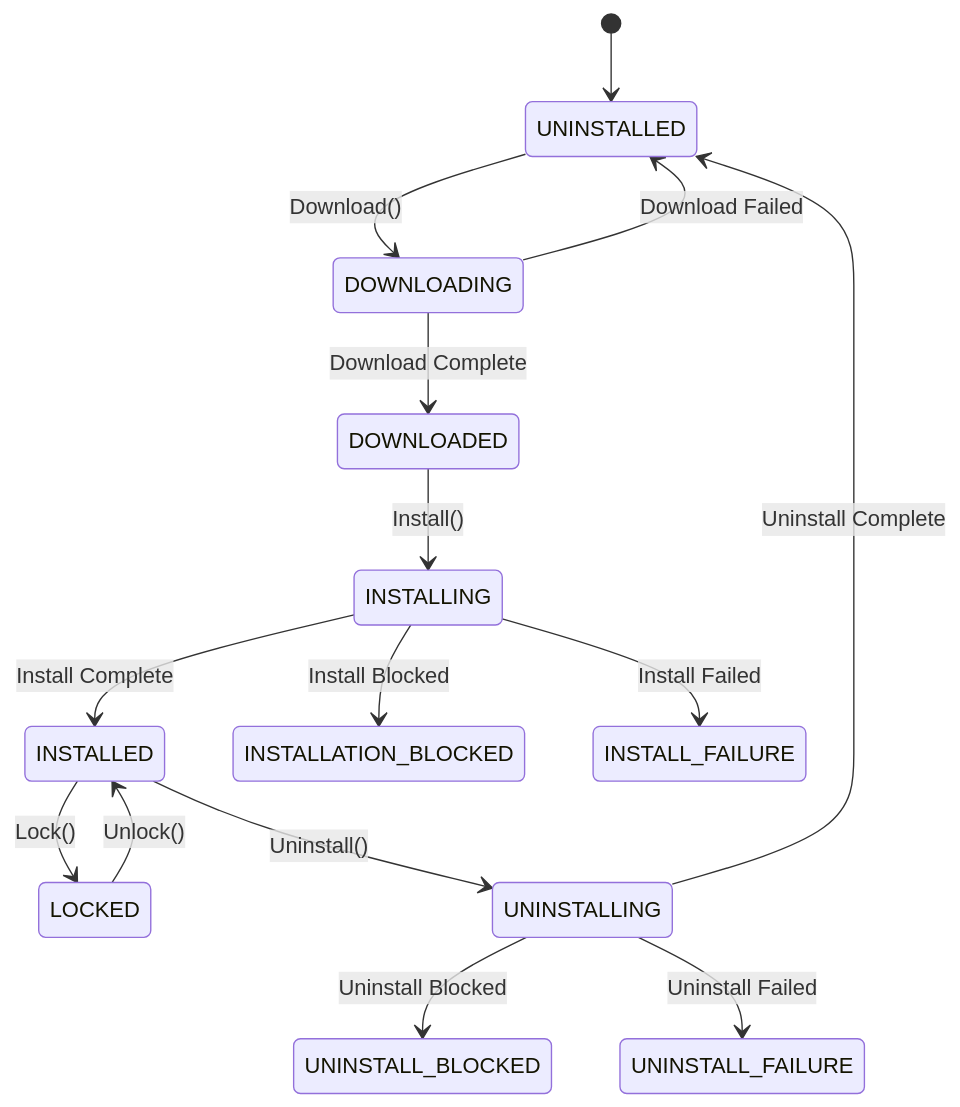
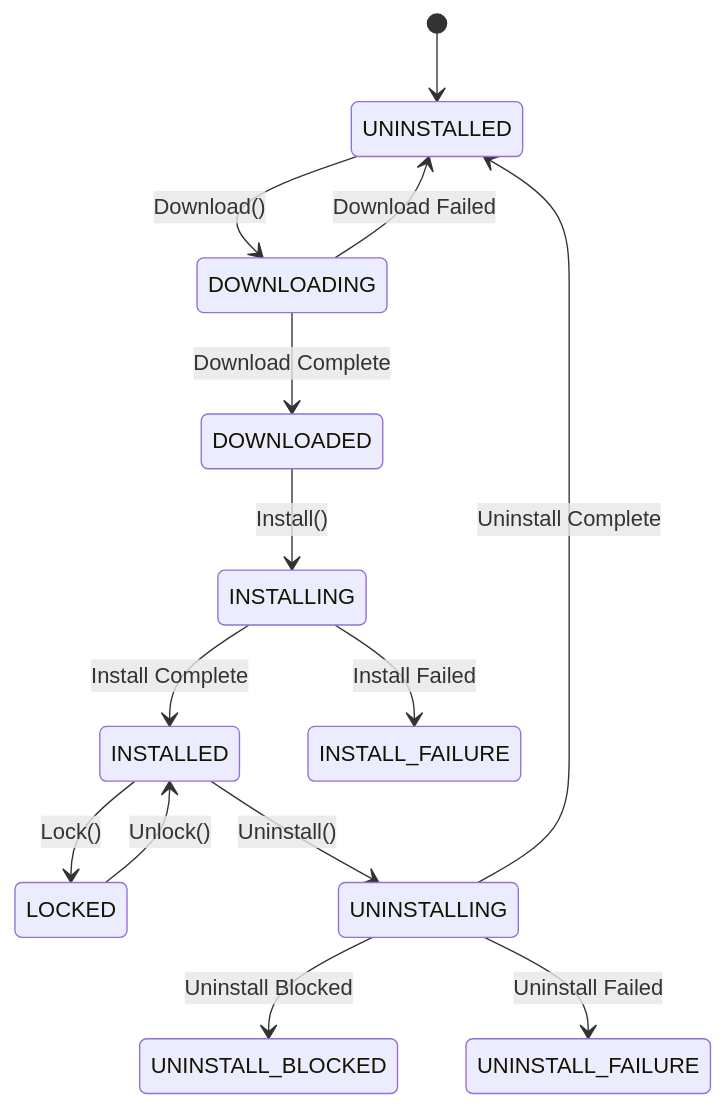
One commit to mikolaj-staworzynski-infosys/entservices-appmanagers changed the second of 8 diagrams in PackageManager/PackageManager.md. Above: the diagram before and after it, drawn with Mermaid. The commit also changed other lines of this file and 4 other files, not shown here.

````diff
--- a/PackageManager/PackageManager.md
+++ b/PackageManager/PackageManager.md
@@ -70,18 +70,17 @@
 ```mermaid
 stateDiagram-v2
     [*] --> UNINSTALLED
     UNINSTALLED --> DOWNLOADING: Download()
     DOWNLOADING --> DOWNLOADED: Download Complete
     DOWNLOADED --> INSTALLING: Install()
     INSTALLING --> INSTALLED: Install Complete
-    INSTALLING --> INSTALLATION_BLOCKED: Install Blocked
     INSTALLING --> INSTALL_FAILURE: Install Failed
     INSTALLED --> LOCKED: Lock()
     LOCKED --> INSTALLED: Unlock()
     INSTALLED --> UNINSTALLING: Uninstall()
     UNINSTALLING --> UNINSTALLED: Uninstall Complete
     UNINSTALLING --> UNINSTALL_BLOCKED: Uninstall Blocked
     UNINSTALLING --> UNINSTALL_FAILURE: Uninstall Failed
 
     DOWNLOADING --> UNINSTALLED: Download Failed
 ```
````
